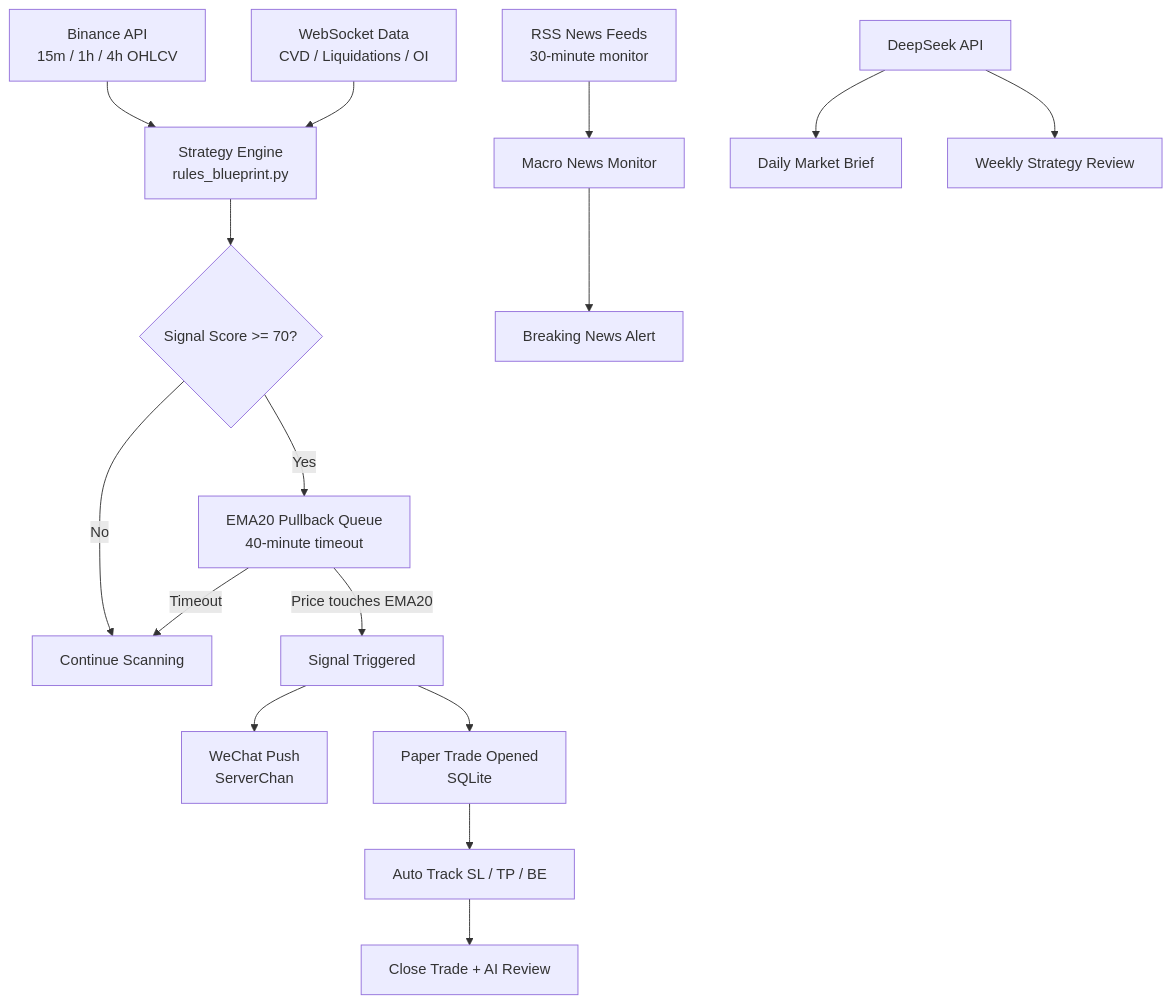
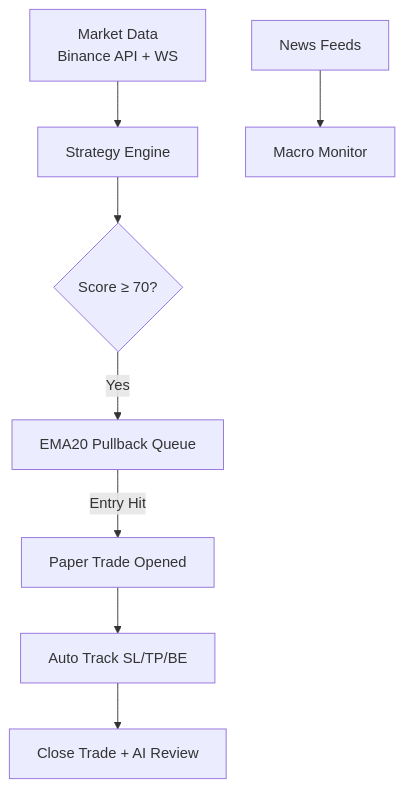
One commit to kevin6667890/crypto-bot changed the diagram in README.md. Above: the diagram before and after it, drawn with Mermaid. The commit also changed other lines of this file and 4 other files, not shown here.

````diff
--- a/README.md
+++ b/README.md
@@ -74,18 +46,10 @@
 ```mermaid
 graph TD
-    A[Binance API<br/>15m / 1h / 4h OHLCV] --> D[Strategy Engine<br/>rules_blueprint.py]
-    B[WebSocket Data<br/>CVD / Liquidations / OI] --> D
-    C[RSS News Feeds<br/>30-minute monitor] --> E[Macro News Monitor]
-    D --> F{Signal Score >= 70?}
-    F -->|No| G[Continue Scanning]
-    F -->|Yes| H[EMA20 Pullback Queue<br/>40-minute timeout]
-    H -->|Price touches EMA20| I[Signal Triggered]
-    H -->|Timeout| G
-    I --> J[WeChat Push<br/>ServerChan]
-    I --> K[Paper Trade Opened<br/>SQLite]
-    K --> L[Auto Track SL / TP / BE]
+    A[Market Data <br/>Binance API + WS] --> D[Strategy Engine]
+    C[News Feeds] --> E[Macro Monitor]
+    D --> F{Score ≥ 70?}
+    F -->|Yes| H[EMA20 Pullback Queue]
+    H -->|Entry Hit| I[Paper Trade Opened]
+    I --> L[Auto Track SL/TP/BE]
     L --> M[Close Trade + AI Review]
-    N[DeepSeek API] --> O[Daily Market Brief]
-    N --> P[Weekly Strategy Review]
-    E --> Q[Breaking News Alert]
 ```
````
